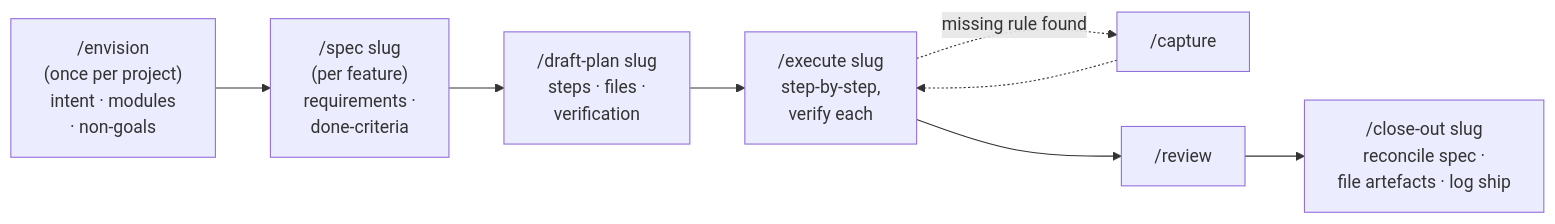
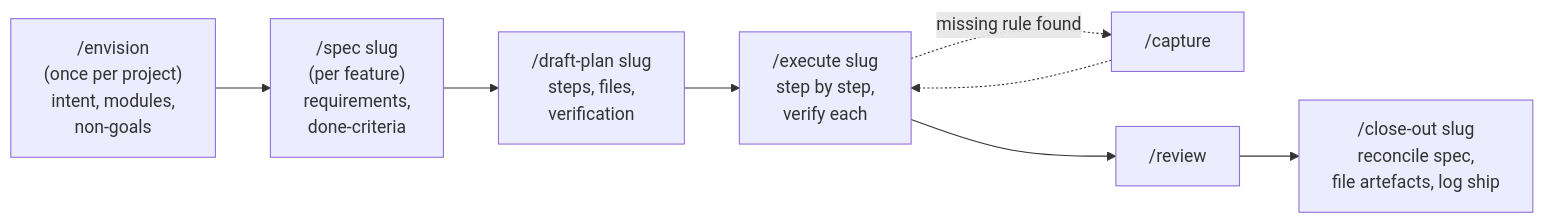
Before and after one commit to AcKeskin/contexture: the third of 3 diagrams in README.md, drawn with Mermaid. The commit also changed other lines of this file and 133 other files, not shown here.

````diff
--- a/README.md
+++ b/README.md
@@ -171,9 +125,9 @@
 ```mermaid
 flowchart LR
-  V["/envision<br/>(once per project)<br/>intent · modules<br/>· non-goals"] --> S["/spec slug<br/>(per feature)<br/>requirements ·<br/>done-criteria"]
-  S --> P["/draft-plan slug<br/>steps · files ·<br/>verification"]
-  P --> E["/execute slug<br/>step-by-step,<br/>verify each"]
+  V["/envision<br/>(once per project)<br/>intent, modules,<br/>non-goals"] --> S["/spec slug<br/>(per feature)<br/>requirements,<br/>done-criteria"]
+  S --> P["/draft-plan slug<br/>steps, files,<br/>verification"]
+  P --> E["/execute slug<br/>step by step,<br/>verify each"]
   E -.->|missing rule found| C["/capture"]
   C -.-> E
-  E --> R["/review"] --> X["/close-out slug<br/>reconcile spec ·<br/>file artefacts · log ship"]
+  E --> R["/review"] --> X["/close-out slug<br/>reconcile spec,<br/>file artefacts, log ship"]
 ```
````
